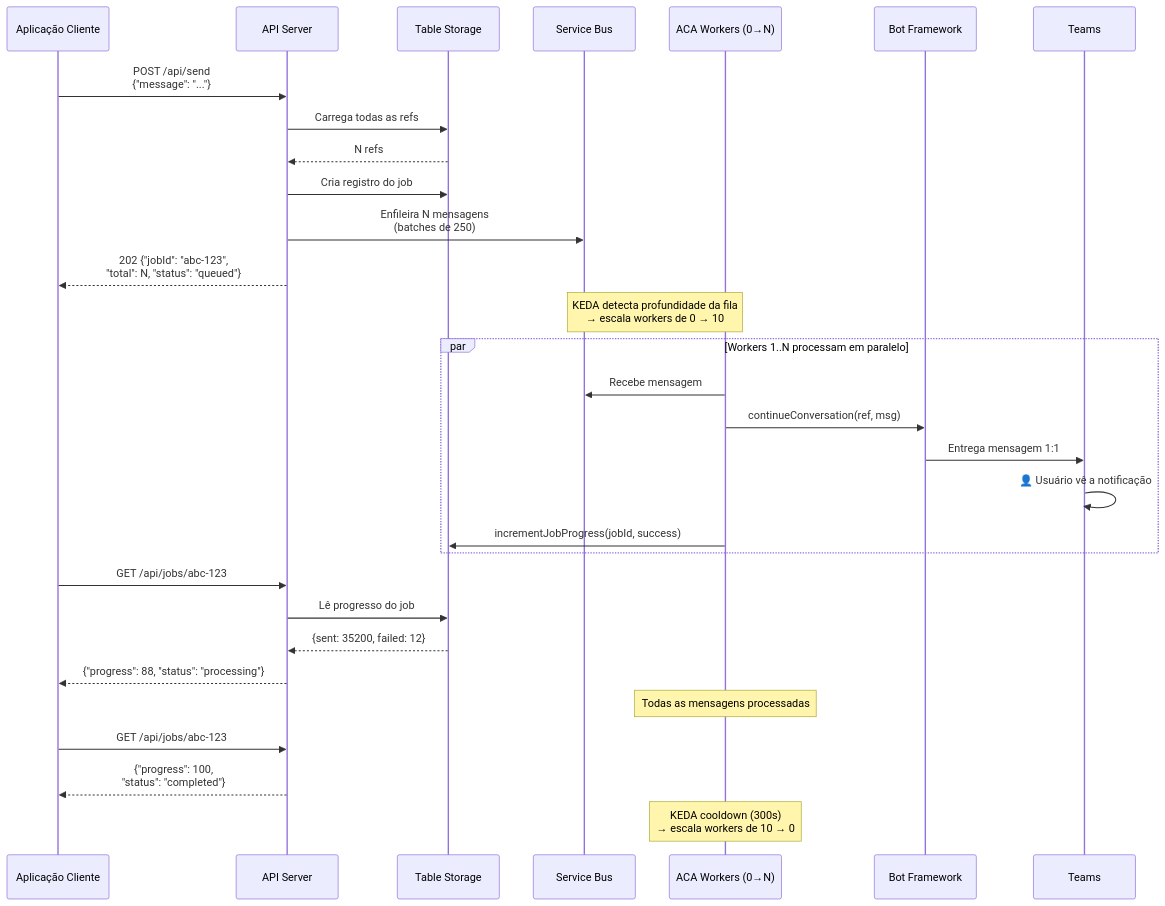
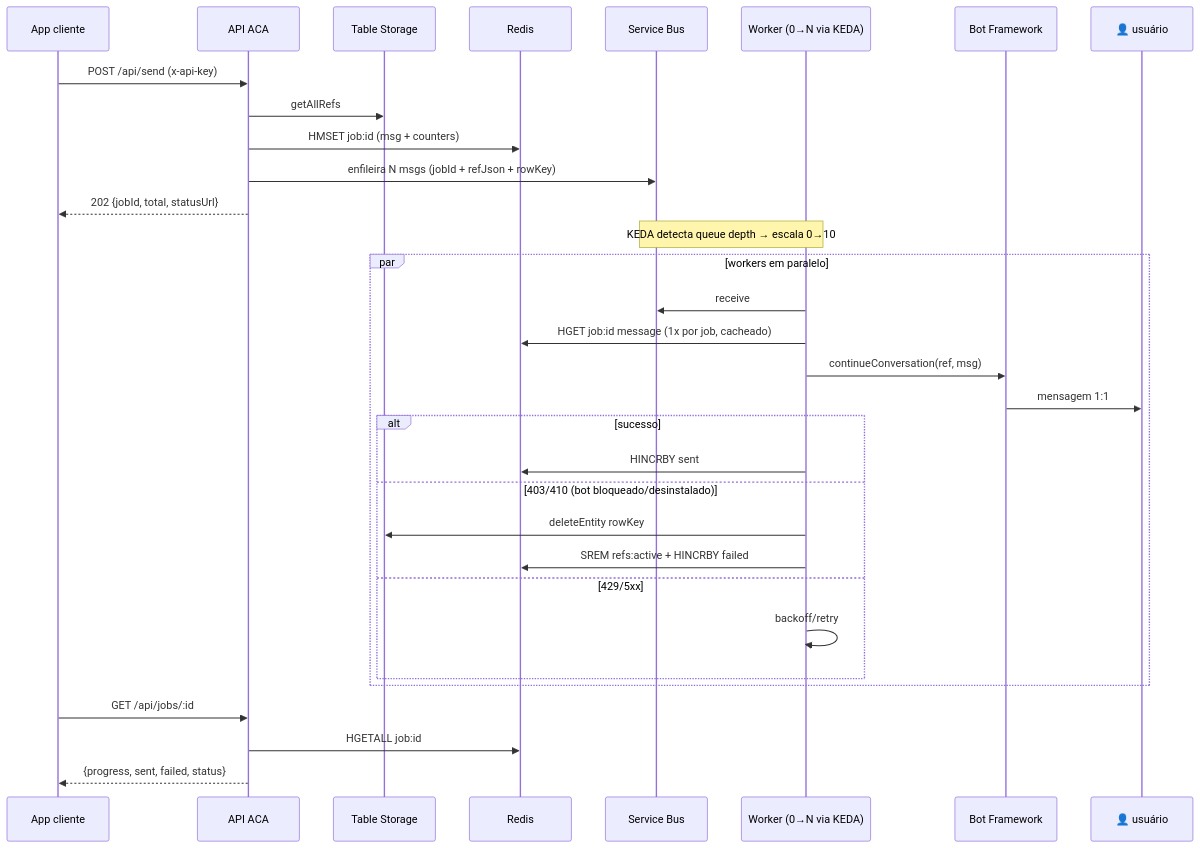
The third of 4 diagrams in README.md (EdneiMonteiro/teams_msgs), drawn with Mermaid before and after one commit. The commit also changed other lines of this file and 24 other files, not shown here.

First line of the commit message:
chore: clean up legacy code and harden API for client demo

````diff
--- a/README.md
+++ b/README.md
@@ -172,39 +109,38 @@
 ```mermaid
 sequenceDiagram
-    participant Client as Aplicação Cliente
-    participant API as API Server
-    participant Store as Table Storage
+    participant Client as App cliente
+    participant API as API ACA
+    participant Table as Table Storage
+    participant Redis as Redis
     participant SB as Service Bus
-    participant Worker as ACA Workers (0→N)
+    participant Worker as Worker (0→N via KEDA)
     participant Bot as Bot Framework
-    participant Teams as Teams
+    participant User as 👤 usuário
 
-    Client->>API: POST /api/send<br/>{"message": "..."}
-    API->>Store: Carrega todas as refs
-    Store-->>API: N refs
-    API->>Store: Cria registro do job
-    API->>SB: Enfileira N mensagens<br/>(batches de 250)
-    API-->>Client: 202 {"jobId": "abc-123",<br/>"total": N, "status": "queued"}
+    Client->>API: POST /api/send (x-api-key)
+    API->>Table: getAllRefs
+    API->>Redis: HMSET job:id (msg + counters)
+    API->>SB: enfileira N msgs (jobId + refJson + rowKey)
+    API-->>Client: 202 {jobId, total, statusUrl}
 
-    Note over SB,Worker: KEDA detecta profundidade da fila<br/>→ escala workers de 0 → 10
+    Note over SB,Worker: KEDA detecta queue depth → escala 0→10
 
-    par Workers 1..N processam em paralelo
-        Worker->>SB: Recebe mensagem
+    par workers em paralelo
+        Worker->>SB: receive
+        Worker->>Redis: HGET job:id message (1x por job, cacheado)
         Worker->>Bot: continueConversation(ref, msg)
-        Bot->>Teams: Entrega mensagem 1:1
-        Teams->>Teams: 👤 Usuário vê a notificação
-        Worker->>Store: incrementJobProgress(jobId, success)
+        Bot->>User: mensagem 1:1
+        alt sucesso
+            Worker->>Redis: HINCRBY sent
+        else 403/410 (bot bloqueado/desinstalado)
+            Worker->>Table: deleteEntity rowKey
+            Worker->>Redis: SREM refs:active + HINCRBY failed
+        else 429/5xx
+            Worker->>Worker: backoff/retry
+        end
     end
 
-    Client->>API: GET /api/jobs/abc-123
-    API->>Store: Lê progresso do job
-    Store-->>API: {sent: 35200, failed: 12}
-    API-->>Client: {"progress": 88, "status": "processing"}
-
-    Note over Worker: Todas as mensagens processadas
-
-    Client->>API: GET /api/jobs/abc-123
-    API-->>Client: {"progress": 100,<br/>"status": "completed"}
-
-    Note over Worker: KEDA cooldown (300s)<br/>→ escala workers de 10 → 0
+    Client->>API: GET /api/jobs/:id
+    API->>Redis: HGETALL job:id
+    API-->>Client: {progress, sent, failed, status}
 ```
````
